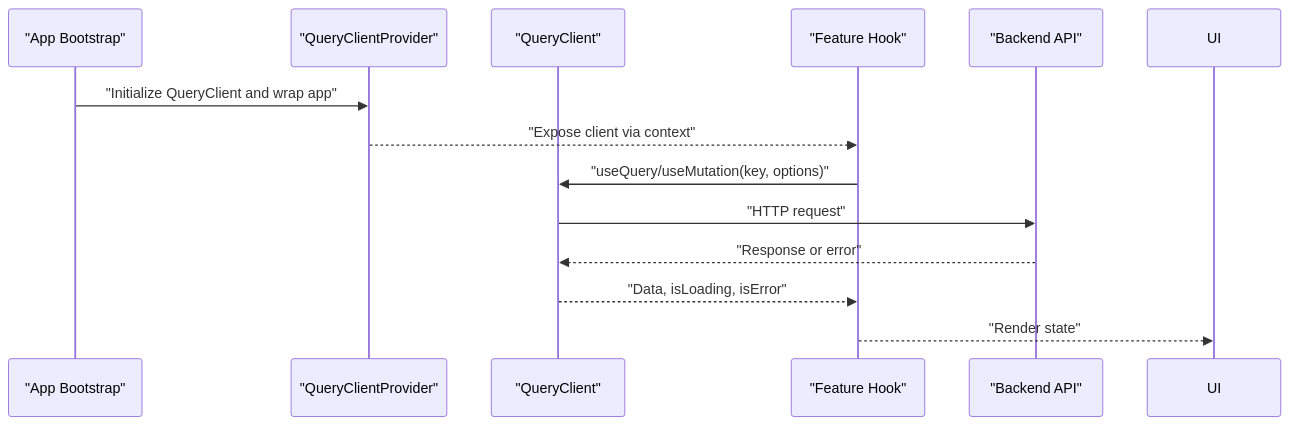
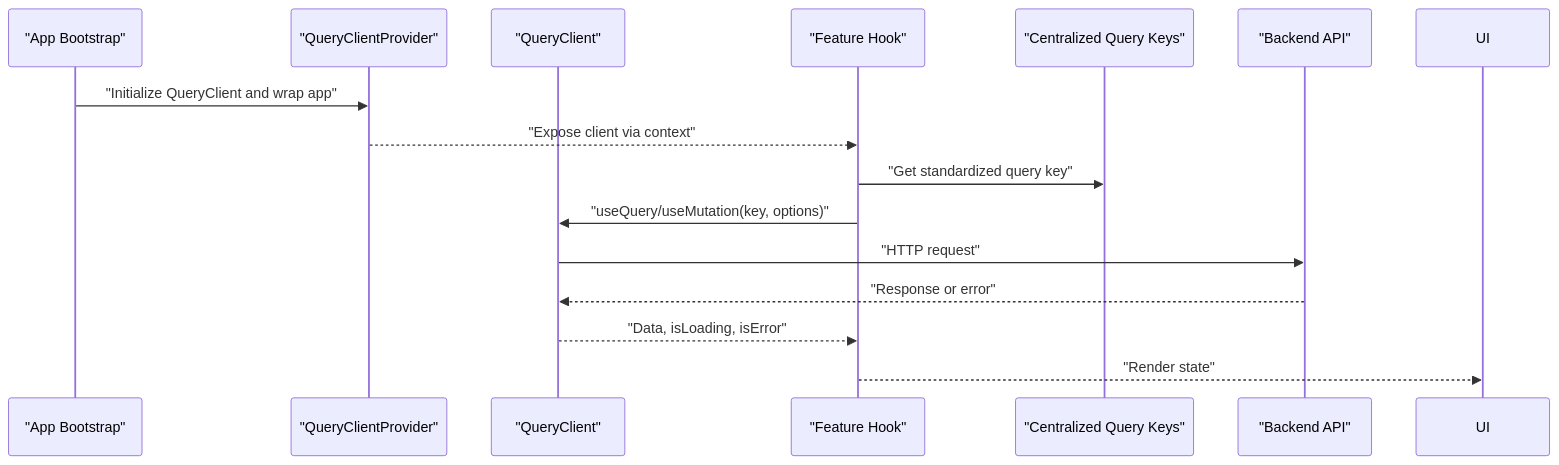
The second of 6 diagrams in .qoder/repowiki/en/content/System Architecture/Frontend Architecture/State Management/React Query Integration.md (franckylab/eLISAschool), drawn with Mermaid before and after one commit. The commit also changed other lines of this file and 6 other files, not shown here.

````diff
--- a/.qoder/repowiki/en/content/System Architecture/Frontend Architecture/State Management/React Query Integration.md
+++ b/.qoder/repowiki/en/content/System Architecture/Frontend Architecture/State Management/React Query Integration.md
@@ -87,15 +102,17 @@
 ```mermaid
 sequenceDiagram
 participant App as "App Bootstrap"
 participant Provider as "QueryClientProvider"
 participant Client as "QueryClient"
 participant Hook as "Feature Hook"
+participant Keys as "Centralized Query Keys"
 participant API as "Backend API"
 App->>Provider : "Initialize QueryClient and wrap app"
 Provider-->>Hook : "Expose client via context"
+Hook->>Keys : "Get standardized query key"
 Hook->>Client : "useQuery/useMutation(key, options)"
 Client->>API : "HTTP request"
 API-->>Client : "Response or error"
 Client-->>Hook : "Data, isLoading, isError"
 Hook-->>UI : "Render state"
 ```
````
